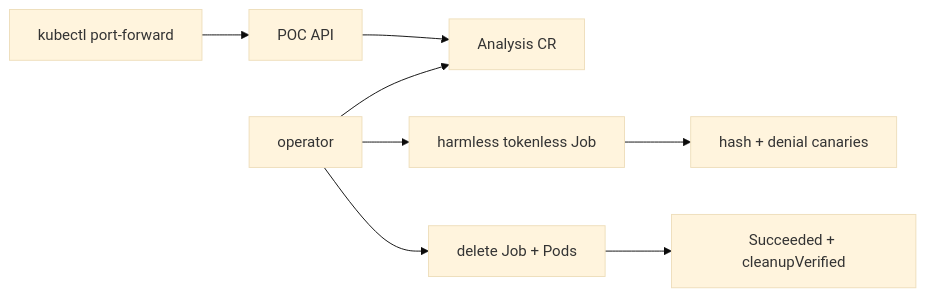
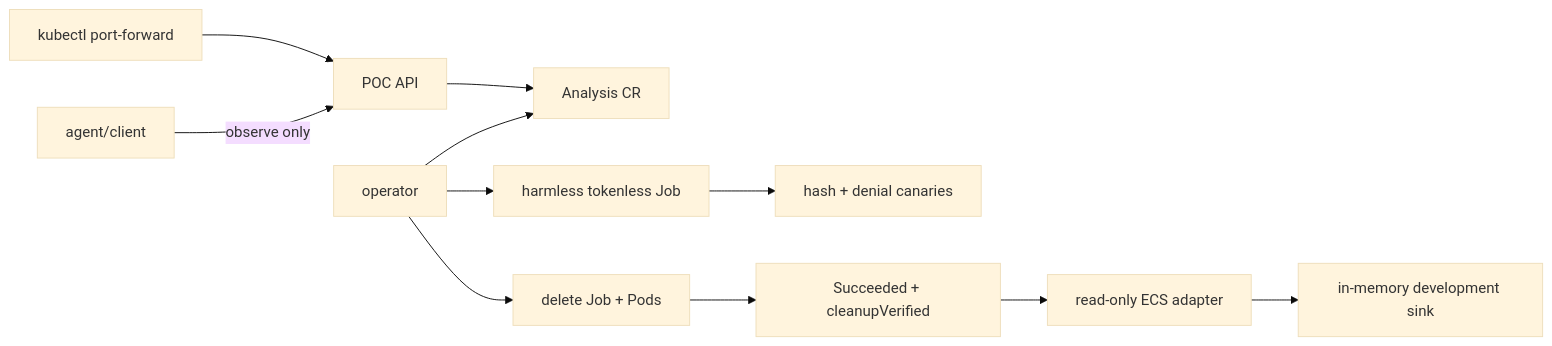
Before and after one commit to diaryfolio/MalZone: the diagram in docs/development/poc.md, drawn with Mermaid (base theme). The commit also changed other lines of this file and 44 other files, not shown here.

````diff
--- a/docs/development/poc.md
+++ b/docs/development/poc.md
@@ -26,10 +27,13 @@
 ```mermaid
 flowchart LR
     PortForward["kubectl port-forward"] --> API["POC API"]
     API --> CR["Analysis CR"]
     Operator["operator"] --> CR
     Operator --> Job["harmless tokenless Job"]
     Job --> Result["hash + denial canaries"]
     Operator --> Cleanup["delete Job + Pods"]
     Cleanup --> Status["Succeeded + cleanupVerified"]
+    Agent["agent/client"] -->|"observe only"| API
+    Status --> Adapter["read-only ECS adapter"]
+    Adapter --> Sink["in-memory development sink"]
 ```
````
